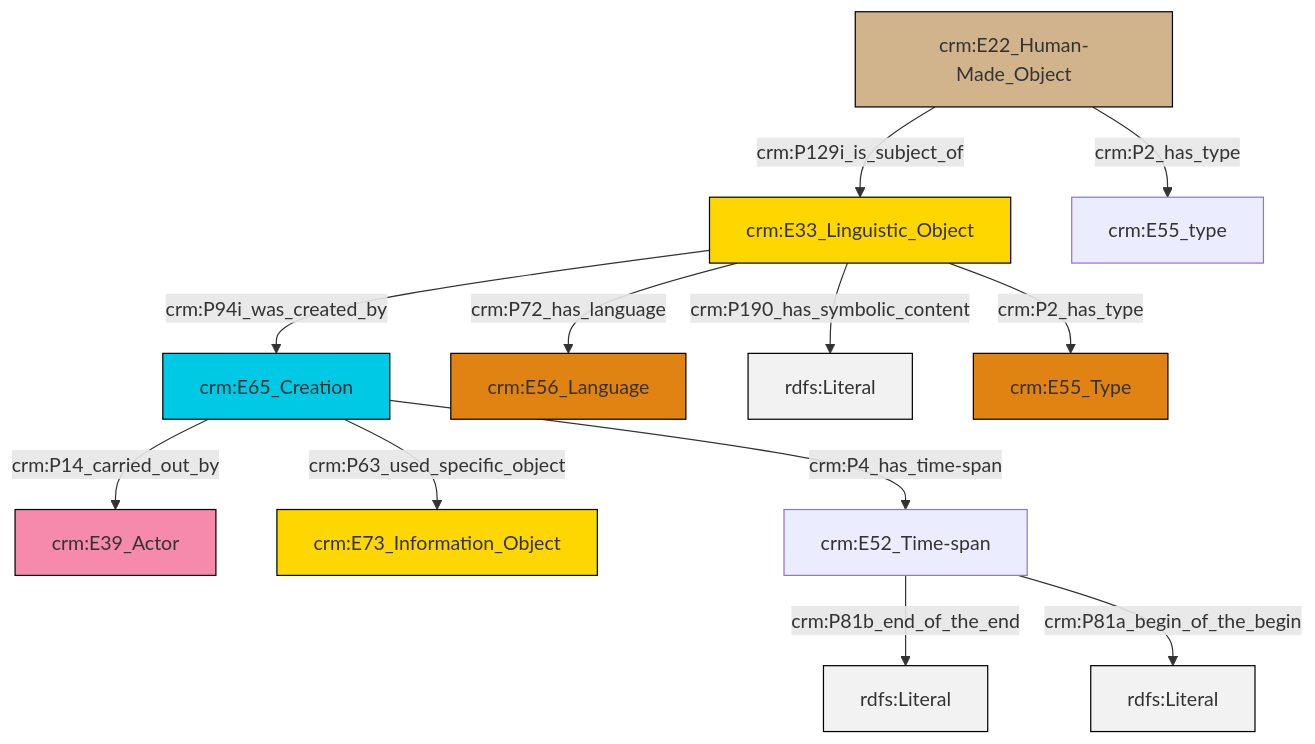
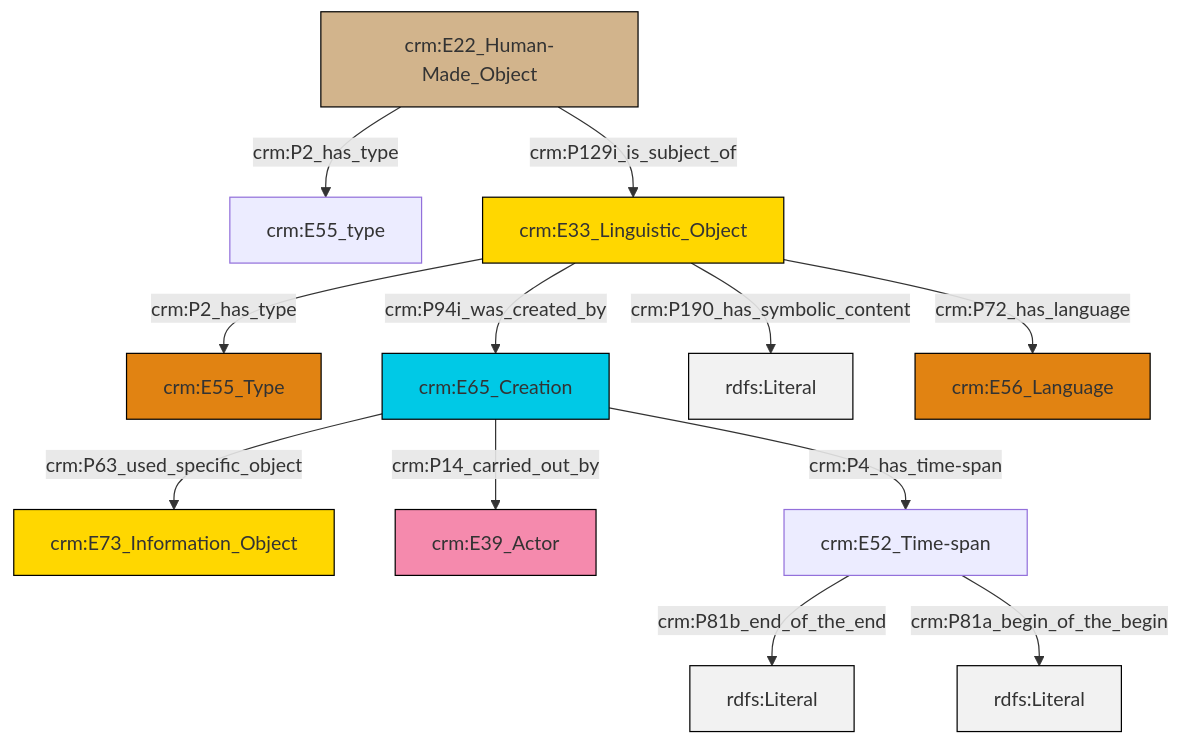
One commit to swiss-art-research-net/reference-data-models changed the diagram in et/builtWorkCSV/ttl/mmd/Built_Work_description.ttl.mmd. Above: the diagram before and after it, drawn with Mermaid. The commit also changed 128 other files, not shown here.

```diff
--- a/et/builtWorkCSV/ttl/mmd/Built_Work_description.ttl.mmd
+++ b/et/builtWorkCSV/ttl/mmd/Built_Work_description.ttl.mmd
@@ -1,26 +1,26 @@
 graph TD
 classDef Literal fill:#f2f2f2,stroke:#000000;
 classDef CRM_Entity fill:#FFFFFF,stroke:#000000;
 classDef Temporal_Entity fill:#00C9E6, stroke:#000000;
 classDef Type fill:#E18312, stroke:#000000;
 classDef Time-Span fill:#2C9C91, stroke:#000000;
 classDef Appellation fill:#FFEB7F, stroke:#000000;
 classDef Place fill:#008836, stroke:#000000;
 classDef Persistent_Item fill:#B266B2, stroke:#000000;
 classDef Conceptual_Object fill:#FFD700, stroke:#000000;
 classDef Physical_Thing fill:#D2B48C, stroke:#000000;
 classDef Actor fill:#f58aad, stroke:#000000;
 classDef PC_Classes fill:#4ce600, stroke:#000000;
 classDef Multi fill:#cccccc,stroke:#000000;
 
-2["crm:E65_Creation"]:::Temporal_Entity -->|crm:P63_used_specific_object| 3["crm:E73_Information_Object"]:::Conceptual_Object
-4["crm:E33_Linguistic_Object"]:::Conceptual_Object -->|crm:P94i_was_created_by| 2["crm:E65_Creation"]:::Temporal_Entity
-2["crm:E65_Creation"]:::Temporal_Entity -->|crm:P14_carried_out_by| 0["crm:E39_Actor"]:::Actor
-6["crm:E52_Time-span"]:::Default -->|crm:P81b_end_of_the_end| 7[rdfs:Literal]:::Literal
-4["crm:E33_Linguistic_Object"]:::Conceptual_Object -->|crm:P72_has_language| 8["crm:E56_Language"]:::Type
-2["crm:E65_Creation"]:::Temporal_Entity -->|crm:P4_has_time-span| 6["crm:E52_Time-span"]:::Default
-10["crm:E22_Human-Made_Object"]:::Physical_Thing -->|crm:P2_has_type| 13["crm:E55_type"]:::Default
-4["crm:E33_Linguistic_Object"]:::Conceptual_Object -->|crm:P190_has_symbolic_content| 15[rdfs:Literal]:::Literal
-4["crm:E33_Linguistic_Object"]:::Conceptual_Object -->|crm:P2_has_type| 17["crm:E55_Type"]:::Type
-10["crm:E22_Human-Made_Object"]:::Physical_Thing -->|crm:P129i_is_subject_of| 4["crm:E33_Linguistic_Object"]:::Conceptual_Object
-6["crm:E52_Time-span"]:::Default -->|crm:P81a_begin_of_the_begin| 20[rdfs:Literal]:::Literal
+4["crm:E52_Time-span"]:::Default -->|crm:P81b_end_of_the_end| 5[rdfs:Literal]:::Literal
+10["crm:E65_Creation"]:::Temporal_Entity -->|crm:P63_used_specific_object| 0["crm:E73_Information_Object"]:::Conceptual_Object
+14["crm:E33_Linguistic_Object"]:::Conceptual_Object -->|crm:P94i_was_created_by| 10["crm:E65_Creation"]:::Temporal_Entity
+14["crm:E33_Linguistic_Object"]:::Conceptual_Object -->|crm:P190_has_symbolic_content| 15[rdfs:Literal]:::Literal
+10["crm:E65_Creation"]:::Temporal_Entity -->|crm:P4_has_time-span| 4["crm:E52_Time-span"]:::Default
+14["crm:E33_Linguistic_Object"]:::Conceptual_Object -->|crm:P72_has_language| 16["crm:E56_Language"]:::Type
+14["crm:E33_Linguistic_Object"]:::Conceptual_Object -->|crm:P2_has_type| 8["crm:E55_Type"]:::Type
+4["crm:E52_Time-span"]:::Default -->|crm:P81a_begin_of_the_begin| 18[rdfs:Literal]:::Literal
+6["crm:E22_Human-Made_Object"]:::Physical_Thing -->|crm:P129i_is_subject_of| 14["crm:E33_Linguistic_Object"]:::Conceptual_Object
+6["crm:E22_Human-Made_Object"]:::Physical_Thing -->|crm:P2_has_type| 12["crm:E55_type"]:::Default
+10["crm:E65_Creation"]:::Temporal_Entity -->|crm:P14_carried_out_by| 2["crm:E39_Actor"]:::Actor
```
